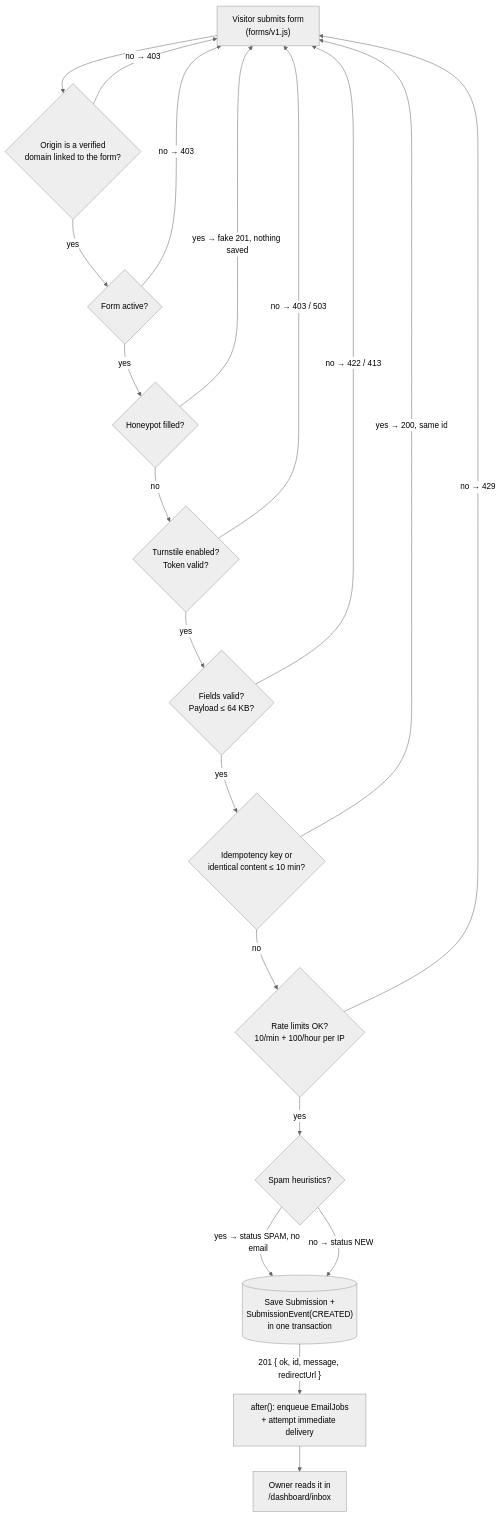
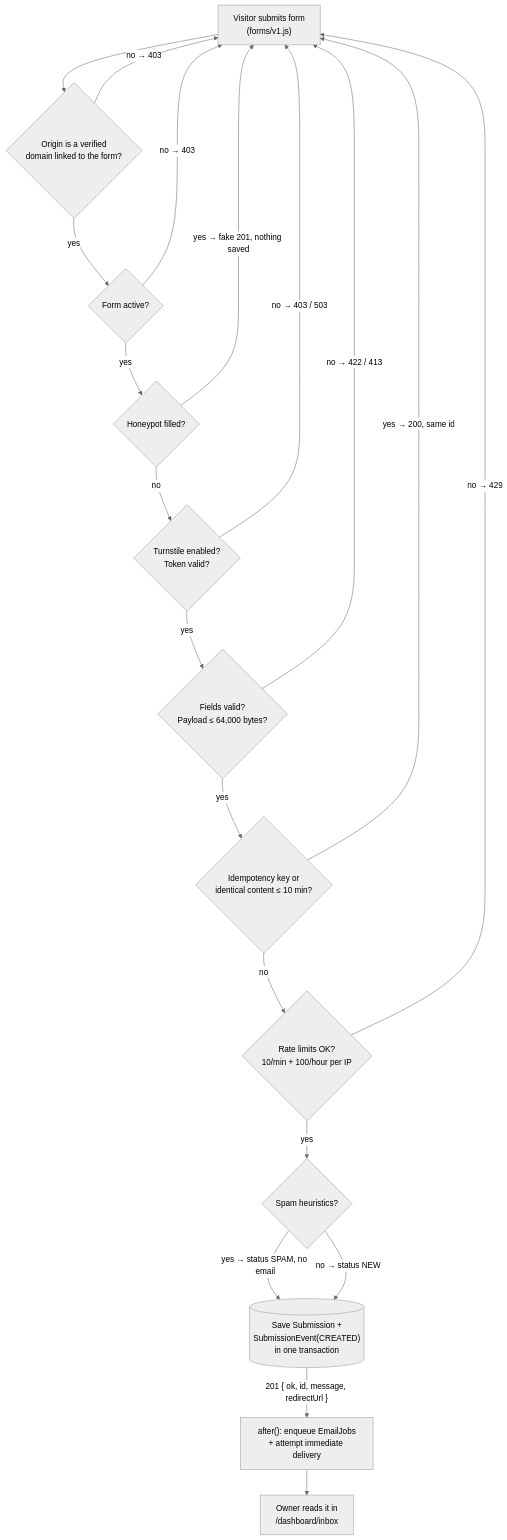
One commit to DashingMZA/sendcms changed the second of 4 diagrams in docs/architecture.md. Above: the diagram before and after it, drawn with Mermaid (neutral theme). The commit also changed other lines of this file and 158 other files, not shown here.

````diff
--- a/docs/architecture.md
+++ b/docs/architecture.md
@@ -102,35 +102,35 @@
 ```mermaid
 flowchart TB
     Form["Visitor submits form\n(forms/v1.js)"]
     Origin{"Origin is a verified\ndomain linked to the form?"}
     Active{"Form active?"}
     Honey{"Honeypot filled?"}
     Turn{"Turnstile enabled?\nToken valid?"}
-    Valid{"Fields valid?\nPayload ≤ 64 KB?"}
+    Valid{"Fields valid?\nPayload ≤ 64,000 bytes?"}
     Dupe{"Idempotency key or\nidentical content ≤ 10 min?"}
     Rate{"Rate limits OK?\n10/min + 100/hour per IP"}
     Spam{"Spam heuristics?"}
     Save[("Save Submission +\nSubmissionEvent(CREATED)\nin one transaction")]
     Notify["after(): enqueue EmailJobs\n+ attempt immediate delivery"]
     Inbox["Owner reads it in\n/dashboard/inbox"]
 
     Form --> Origin
     Origin -- "no → 403" --> Form
     Origin -- "yes" --> Active
     Active -- "no → 403" --> Form
     Active -- "yes" --> Honey
     Honey -- "yes → fake 201, nothing saved" --> Form
     Honey -- "no" --> Turn
     Turn -- "no → 403 / 503" --> Form
     Turn -- "yes" --> Valid
     Valid -- "no → 422 / 413" --> Form
     Valid -- "yes" --> Dupe
     Dupe -- "yes → 200, same id" --> Form
     Dupe -- "no" --> Rate
     Rate -- "no → 429" --> Form
     Rate -- "yes" --> Spam
     Spam -- "yes → status SPAM, no email" --> Save
     Spam -- "no → status NEW" --> Save
     Save -- "201 { ok, id, message, redirectUrl }" --> Notify
     Notify --> Inbox
 ```
````
